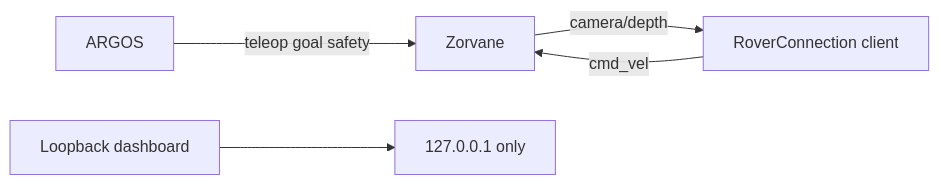
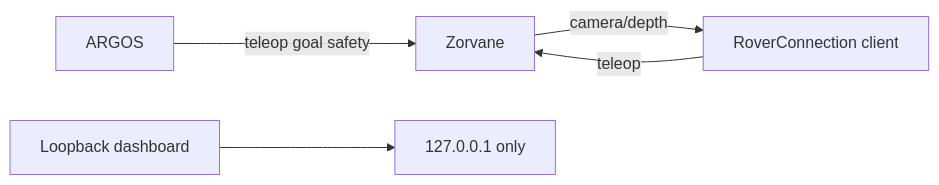
Before and after one commit to Super-Yojan/Terra: the first of 2 diagrams in docs/zenoh.md, drawn with Mermaid. The commit also changed other lines of this file and 7 other files, not shown here.

````diff
--- a/docs/zenoh.md
+++ b/docs/zenoh.md
@@ -10,7 +10,7 @@
 ```mermaid
 flowchart LR
   ARGOS[ARGOS] -->|teleop goal safety| Z[Zorvane]
-  Client[RoverConnection client] -->|cmd_vel| Z
+  Client[RoverConnection client] -->|teleop| Z
   Z -->|camera/depth| Client
   Dash[Loopback dashboard] --> Local[127.0.0.1 only]
 ```
````
